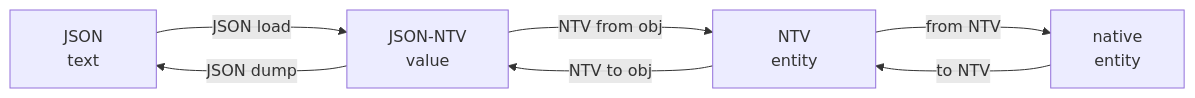
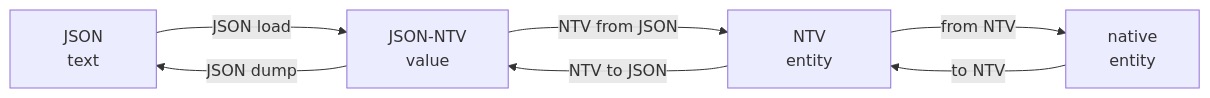
Before and after one commit to loco-philippe/NTV: the diagram in README.md, drawn with Mermaid.

````diff
--- a/README.md
+++ b/README.md
@@ -58,14 +58,14 @@
 ```mermaid
 flowchart LR
     text["#10240;#10240;JSON#10240;#10240;\ntext"]
     val["#10240;JSON-NTV#10240;\nvalue"]
     ntv["#10240;#10240;#10240;NTV#10240;#10240;#10240;\nentity"]
     nat["#10240;native#10240;\nentity"]
     text--->|JSON load|val
     val--->|JSON dump|text
-    val--->|NTV from obj|ntv
+    val--->|NTV from JSON|ntv
     ntv--->|from NTV|nat
-    ntv--->|NTV to obj|val
+    ntv--->|NTV to JSON|val
     nat--->|to NTV|ntv
 
 ```
````
